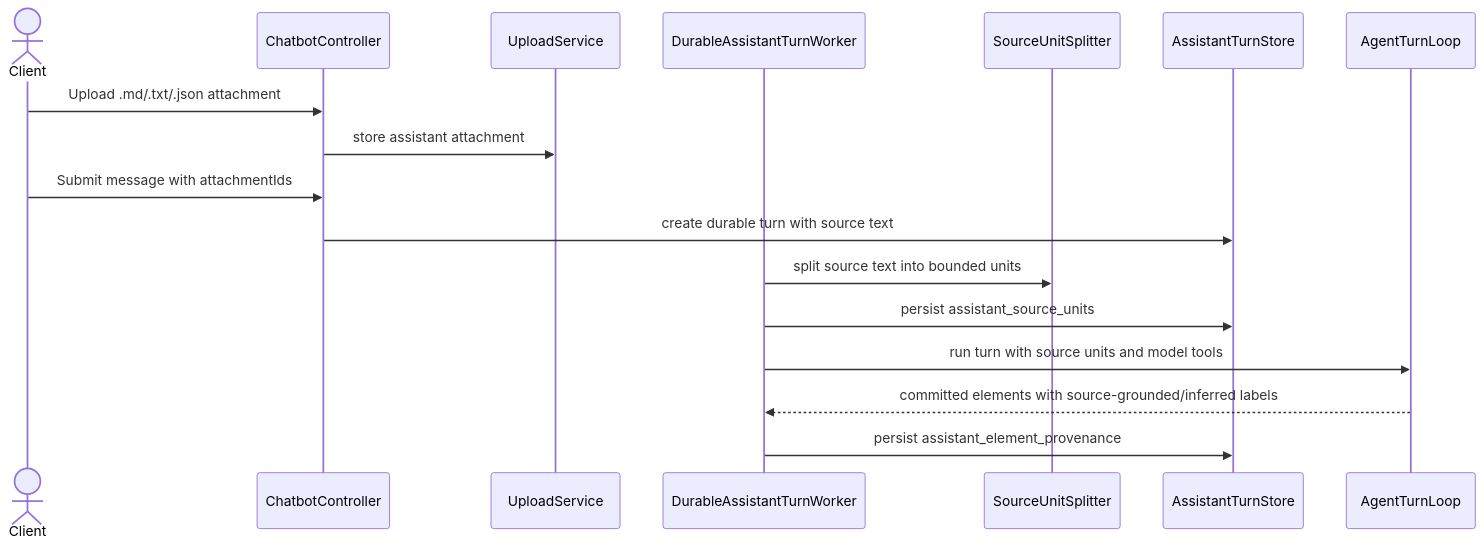
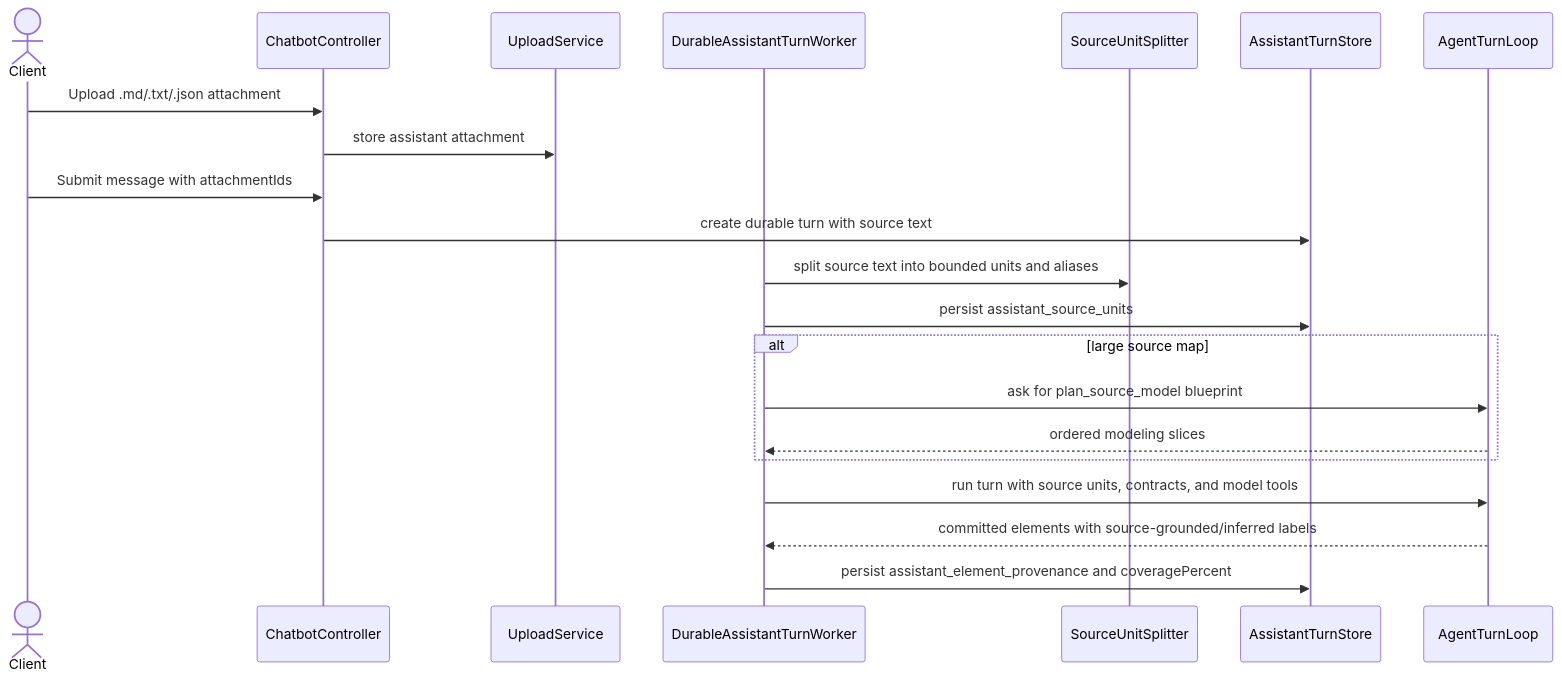
The second of 3 diagrams in docs/diagrams/16-ai-assistant-rag-and-memory.md (mehdieidi/modriss), drawn with Mermaid before and after one commit. The commit also changed other lines of this file and 44 other files, not shown here.

````diff
--- a/docs/diagrams/16-ai-assistant-rag-and-memory.md
+++ b/docs/diagrams/16-ai-assistant-rag-and-memory.md
@@ -21,20 +21,24 @@
 ```mermaid
 sequenceDiagram
     actor Client
     participant C as ChatbotController
     participant U as UploadService
     participant W as DurableAssistantTurnWorker
     participant S as SourceUnitSplitter
     participant T as AssistantTurnStore
     participant A as AgentTurnLoop
 
     Client->>C: Upload .md/.txt/.json attachment
     C->>U: store assistant attachment
     Client->>C: Submit message with attachmentIds
     C->>T: create durable turn with source text
-    W->>S: split source text into bounded units
+    W->>S: split source text into bounded units and aliases
     W->>T: persist assistant_source_units
-    W->>A: run turn with source units and model tools
+    alt large source map
+        W->>A: ask for plan_source_model blueprint
+        A-->>W: ordered modeling slices
+    end
+    W->>A: run turn with source units, contracts, and model tools
     A-->>W: committed elements with source-grounded/inferred labels
-    W->>T: persist assistant_element_provenance
+    W->>T: persist assistant_element_provenance and coveragePercent
 ```
````
